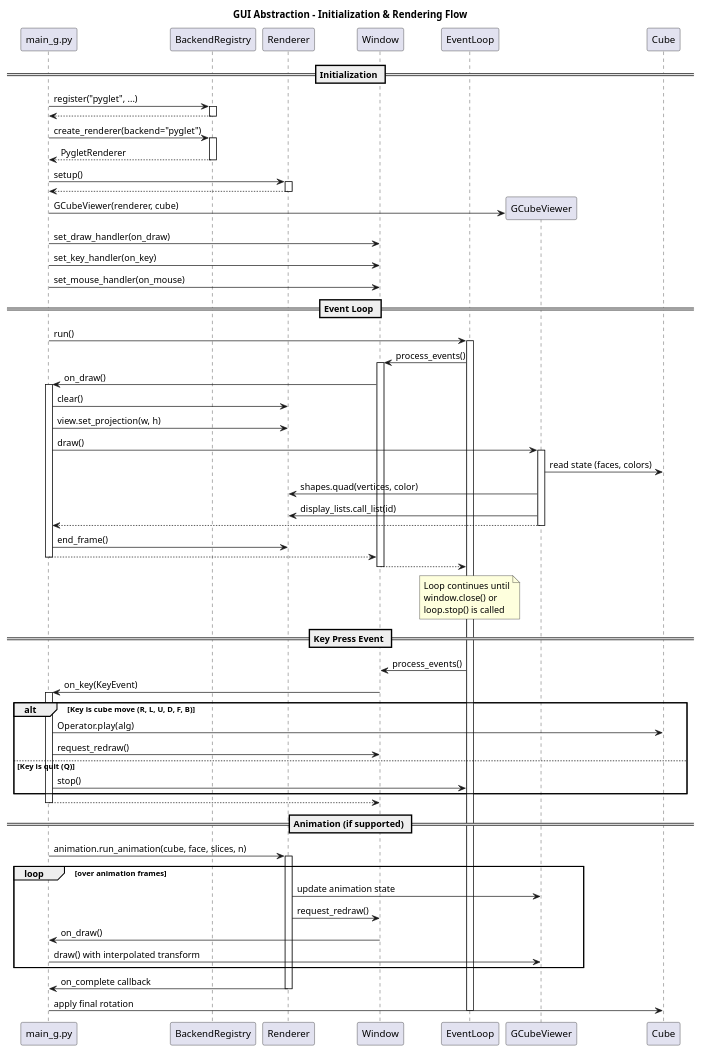
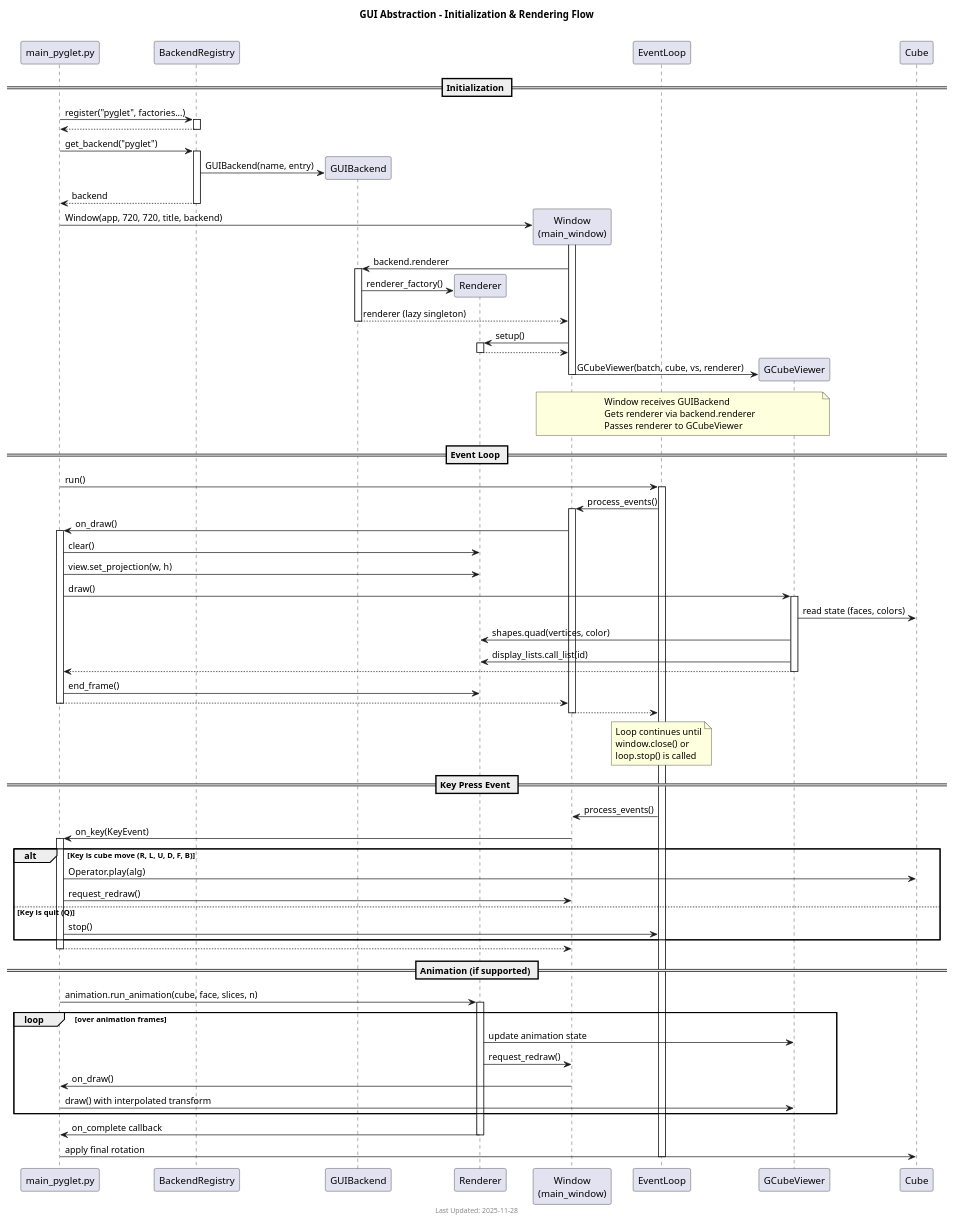
One commit to boaznahum/cubesolve changed the diagram in docs/design/gui_sequence.puml. Above: the diagram before and after it, drawn with PlantUML. The commit also changed 9 other files, not shown here.

First line of the commit message:
Add GUIBackend class for unified backend access

```diff
--- a/docs/design/gui_sequence.puml
+++ b/docs/design/gui_sequence.puml
@@ -1,107 +1,122 @@
 @startuml GUI Initialization and Rendering Sequence
 
 title GUI Abstraction - Initialization & Rendering Flow
+footer Last Updated: 2025-11-28
 
-participant "main_g.py" as main
+participant "main_pyglet.py" as main
 participant "BackendRegistry" as registry
+participant "GUIBackend" as backend
 participant "Renderer" as renderer
-participant "Window" as window
+participant "Window\n(main_window)" as window
 participant "EventLoop" as loop
 participant "GCubeViewer" as viewer
 participant "Cube" as cube
 
 == Initialization ==
 
-main -> registry : register("pyglet", ...)
+main -> registry : register("pyglet", factories...)
 activate registry
 registry --> main
 deactivate registry
 
-main -> registry : create_renderer(backend="pyglet")
+main -> registry : get_backend("pyglet")
 activate registry
-registry --> main : PygletRenderer
+registry -> backend ** : GUIBackend(name, entry)
+registry --> main : backend
 deactivate registry
 
-main -> renderer : setup()
+main -> window ** : Window(app, 720, 720, title, backend)
+activate window
+
+window -> backend : backend.renderer
+activate backend
+backend -> renderer ** : renderer_factory()
+backend --> window : renderer (lazy singleton)
+deactivate backend
+
+window -> renderer : setup()
 activate renderer
-renderer --> main
+renderer --> window
 deactivate renderer
 
-main -> viewer ** : GCubeViewer(renderer, cube)
+window -> viewer ** : GCubeViewer(batch, cube, vs, renderer)
+deactivate window
 
-main -> window : set_draw_handler(on_draw)
-main -> window : set_key_handler(on_key)
-main -> window : set_mouse_handler(on_mouse)
+note over window, viewer
+    Window receives GUIBackend
+    Gets renderer via backend.renderer
+    Passes renderer to GCubeViewer
+end note
 
 == Event Loop ==
 
 main -> loop : run()
 activate loop
 
 loop -> window : process_events()
 activate window
 
 window -> main : on_draw()
 activate main
 
 main -> renderer : clear()
 main -> renderer : view.set_projection(w, h)
 main -> viewer : draw()
 activate viewer
 
 viewer -> cube : read state (faces, colors)
 viewer -> renderer : shapes.quad(vertices, color)
 viewer -> renderer : display_lists.call_list(id)
 
 viewer --> main
 deactivate viewer
 
 main -> renderer : end_frame()
 main --> window
 deactivate main
 
 window --> loop
 deactivate window
 
 note over loop
     Loop continues until
     window.close() or
     loop.stop() is called
 end note
 
 == Key Press Event ==
 
 loop -> window : process_events()
 window -> main : on_key(KeyEvent)
 activate main
 
 alt Key is cube move (R, L, U, D, F, B)
     main -> cube : Operator.play(alg)
     main -> window : request_redraw()
 else Key is quit (Q)
     main -> loop : stop()
 end
 
 main --> window
 deactivate main
 
 == Animation (if supported) ==
 
 main -> renderer : animation.run_animation(cube, face, slices, n)
 activate renderer
 
 loop over animation frames
     renderer -> viewer : update animation state
     renderer -> window : request_redraw()
     window -> main : on_draw()
     main -> viewer : draw() with interpolated transform
 end
 
 renderer -> main : on_complete callback
 deactivate renderer
 
 main -> cube : apply final rotation
 
 deactivate loop
 
 @enduml
```
